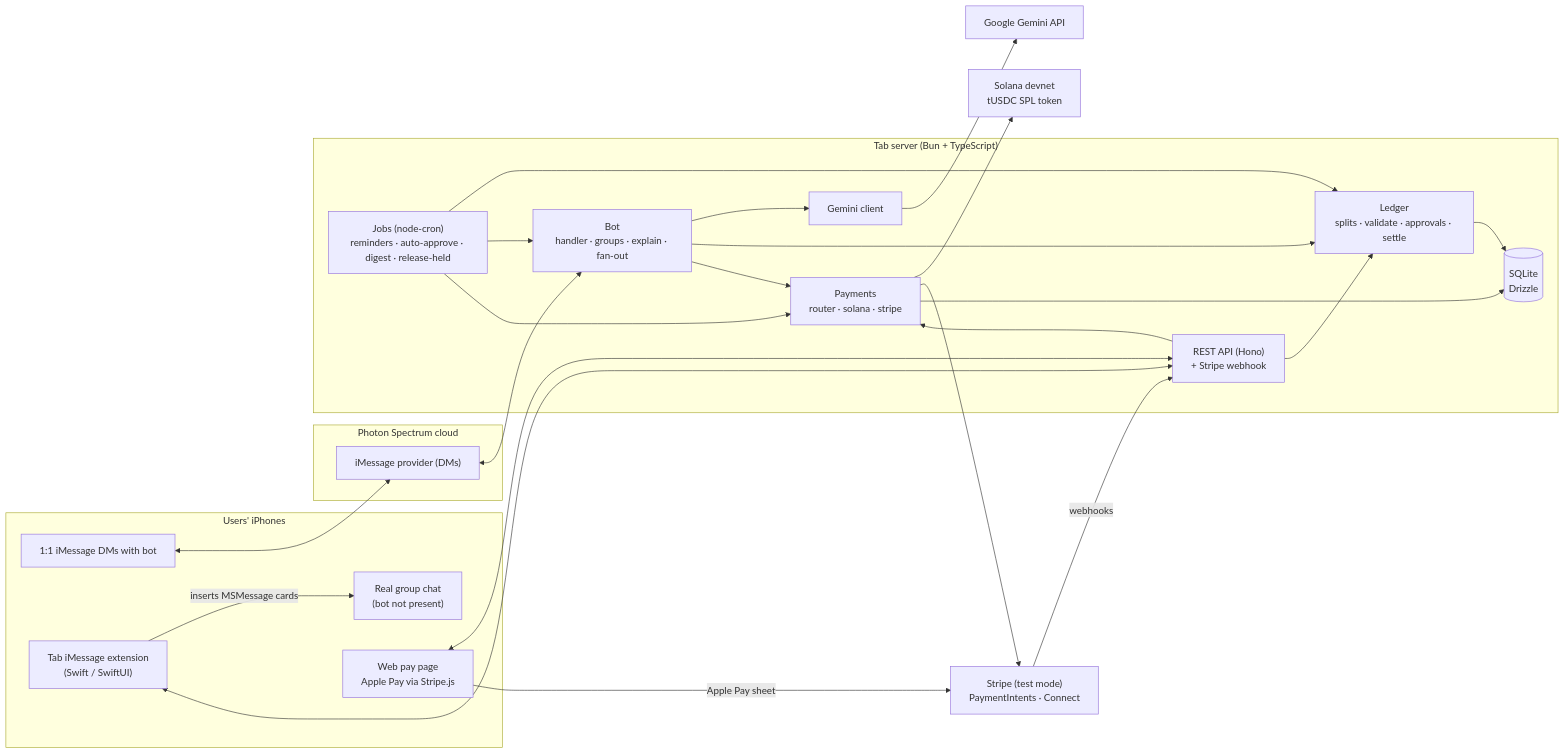
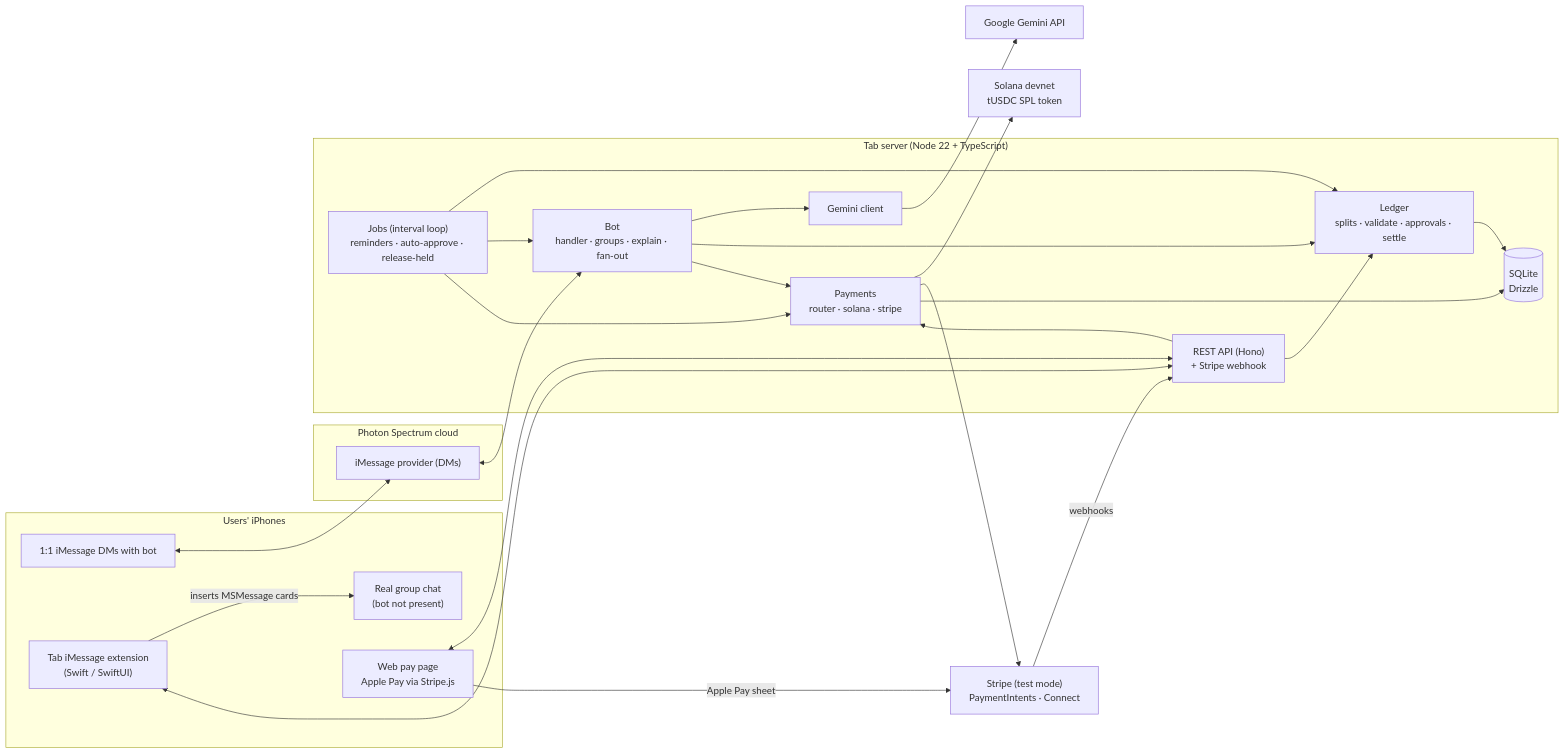
The first of 8 diagrams in ARCHITECTURE.md (amitkhanal596/hacknc-2026), drawn with Mermaid before and after one commit. The commit also changed other lines of this file and 60 other files, not shown here.

First line of the commit message:
Build Tab server: DM bot, ledger, Solana + Apple Pay payments, extension API

````diff
--- a/ARCHITECTURE.md
+++ b/ARCHITECTURE.md
@@ -11,45 +28,45 @@
 ```mermaid
 flowchart LR
     subgraph Phones["Users' iPhones"]
         DM["1:1 iMessage DMs with bot"]
         RGC["Real group chat<br/>(bot not present)"]
         EXT["Tab iMessage extension<br/>(Swift / SwiftUI)"]
         PAY["Web pay page<br/>Apple Pay via Stripe.js"]
     end
 
     subgraph Photon["Photon Spectrum cloud"]
         SP["iMessage provider (DMs)"]
     end
 
-    subgraph Server["Tab server (Bun + TypeScript)"]
+    subgraph Server["Tab server (Node 22 + TypeScript)"]
         BOT["Bot<br/>handler · groups · explain · fan-out"]
         LEDGER["Ledger<br/>splits · validate · approvals · settle"]
         AI["Gemini client"]
         PAYS["Payments<br/>router · solana · stripe"]
-        JOBS["Jobs (node-cron)<br/>reminders · auto-approve · digest · release-held"]
+        JOBS["Jobs (interval loop)<br/>reminders · auto-approve · release-held"]
         API["REST API (Hono)<br/>+ Stripe webhook"]
         DB[("SQLite<br/>Drizzle")]
     end
 
     GEM["Google Gemini API"]
     CHAIN["Solana devnet<br/>tUSDC SPL token"]
     STRIPE["Stripe (test mode)<br/>PaymentIntents · Connect"]
 
     DM <--> SP <--> BOT
     EXT -- "inserts MSMessage cards" --> RGC
     EXT <--> API
     PAY <--> API
     PAY -- "Apple Pay sheet" --> STRIPE
     BOT --> AI --> GEM
     BOT --> LEDGER --> DB
     BOT --> PAYS
     API --> LEDGER
     API --> PAYS
     JOBS --> LEDGER
     JOBS --> BOT
     JOBS --> PAYS
     PAYS --> CHAIN
     PAYS --> STRIPE
     STRIPE -- "webhooks" --> API
     PAYS --> DB
 ```
````
